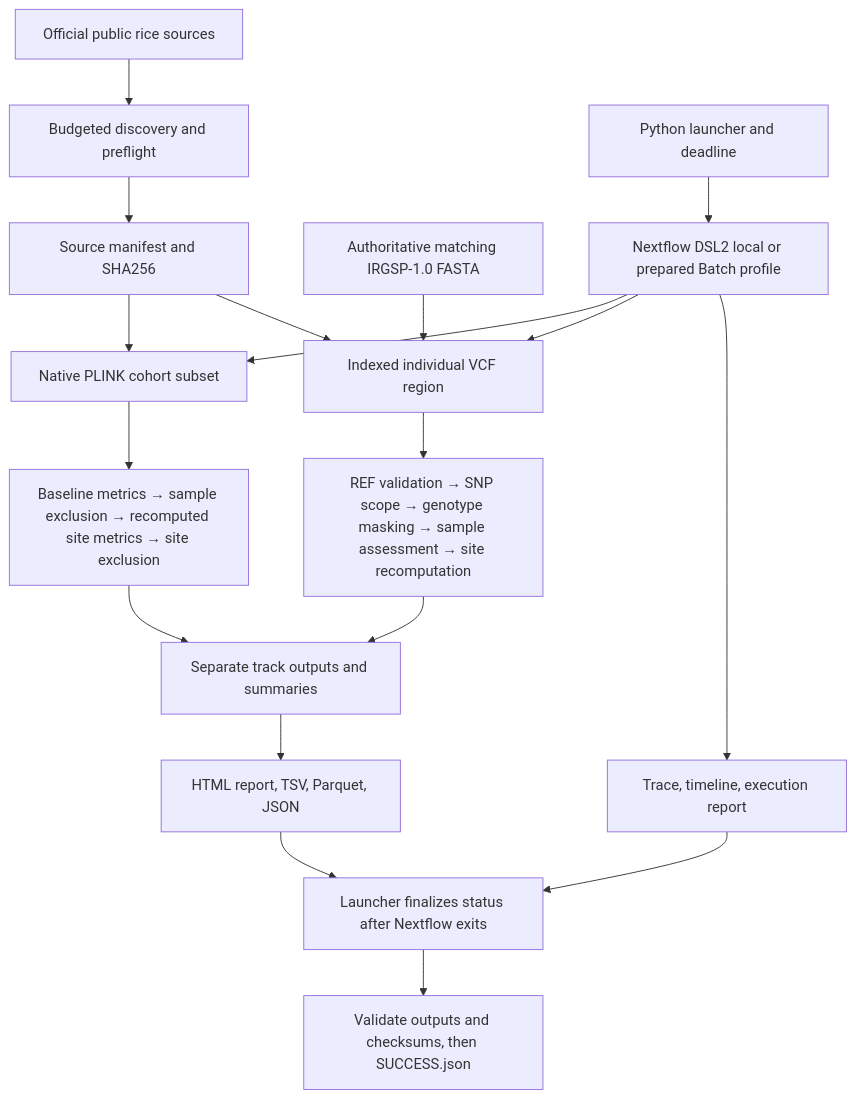
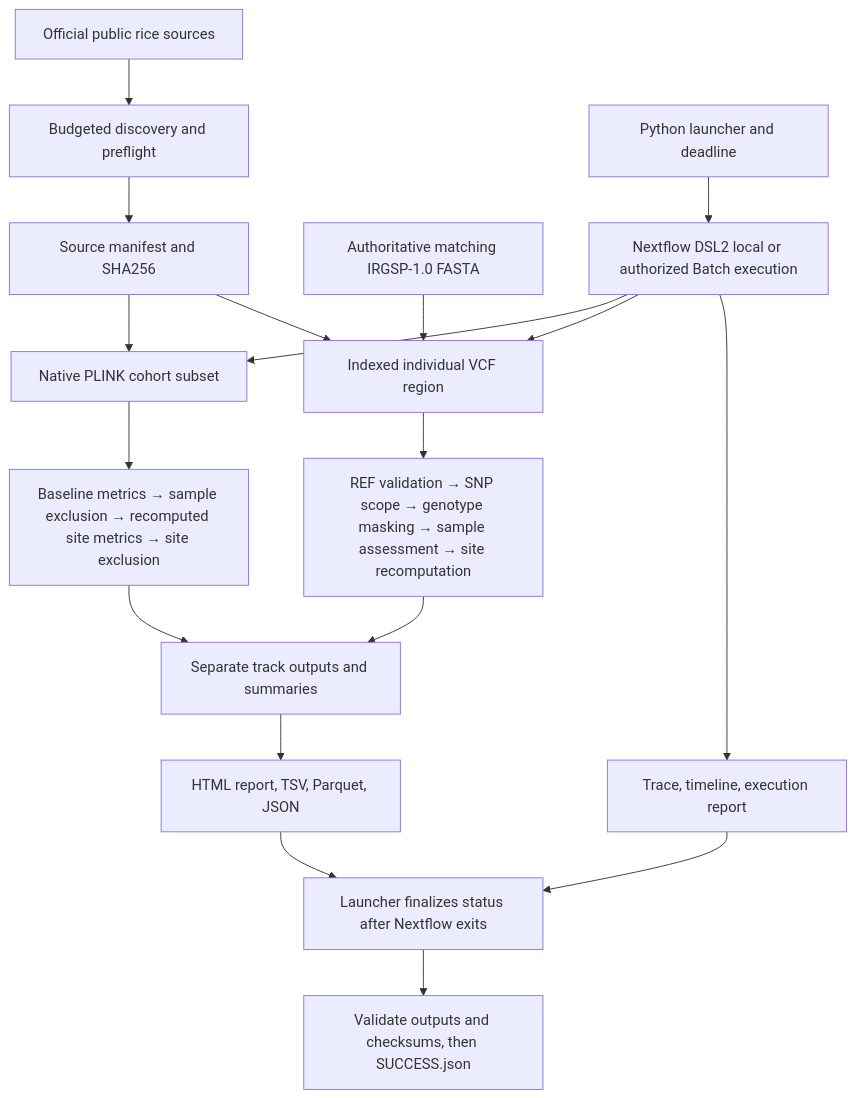
One commit to madhavanbalaji02/RiceFlow changed the diagram in docs/ARCHITECTURE.md. Above: the diagram before and after it, drawn with Mermaid. The commit also changed other lines of this file and 183 other files, not shown here.

````diff
--- a/docs/ARCHITECTURE.md
+++ b/docs/ARCHITECTURE.md
@@ -3,20 +3,20 @@
 ```mermaid
 flowchart TD
   S[Official public rice sources] --> P[Budgeted discovery and preflight]
   P --> M[Source manifest and SHA256]
   M --> C[Native PLINK cohort subset]
   M --> V[Indexed individual VCF region]
   R[Authoritative matching IRGSP-1.0 FASTA] --> V
   C --> CS[Baseline metrics → sample exclusion → recomputed site metrics → site exclusion]
   V --> VS[REF validation → SNP scope → genotype masking → sample assessment → site recomputation]
   CS --> O[Separate track outputs and summaries]
   VS --> O
   O --> H[HTML report, TSV, Parquet, JSON]
-  L[Python launcher and deadline] --> N[Nextflow DSL2 local or prepared Batch profile]
+  L[Python launcher and deadline] --> N[Nextflow DSL2 local or authorized Batch execution]
   N --> C
   N --> V
   N --> T[Trace, timeline, execution report]
   T --> F[Launcher finalizes status after Nextflow exits]
   H --> F
   F --> K[Validate outputs and checksums, then SUCCESS.json]
 ```
````
